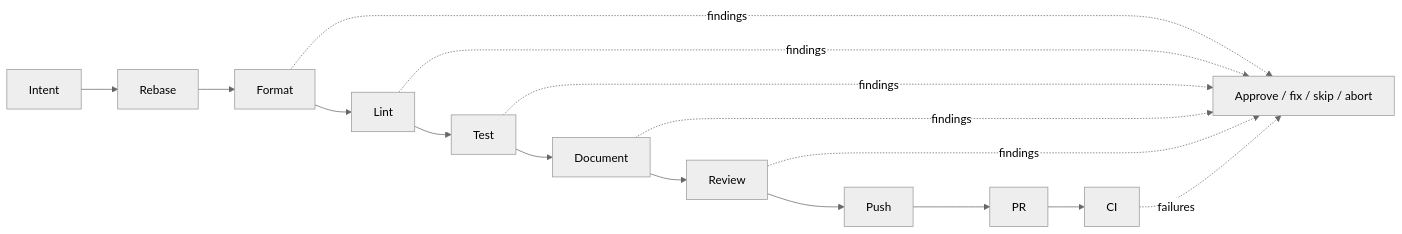
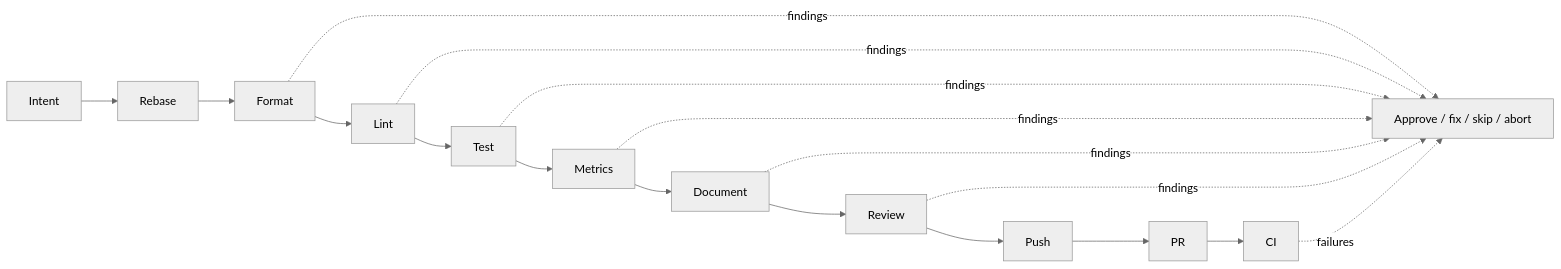
One commit to tvrmsmith/no-mistakes changed the diagram in docs/src/content/docs/concepts/pipeline.md. Above: the diagram before and after it, drawn with Mermaid (neutral theme). The commit also changed other lines of this file and 43 other files, not shown here.

````diff
--- a/docs/src/content/docs/concepts/pipeline.md
+++ b/docs/src/content/docs/concepts/pipeline.md
@@ -12,10 +12,11 @@
 ```mermaid
 flowchart LR
-  intent["Intent"] --> rebase["Rebase"] --> format["Format"] --> lint["Lint"] --> test["Test"] --> document["Document"] --> review["Review"] --> push["Push"] --> pr["PR"] --> ci["CI"]
+  intent["Intent"] --> rebase["Rebase"] --> format["Format"] --> lint["Lint"] --> test["Test"] --> metrics["Metrics"] --> document["Document"] --> review["Review"] --> push["Push"] --> pr["PR"] --> ci["CI"]
   format -. findings .-> action["Approve / fix / skip / abort"]
   lint -. findings .-> action
   test -. findings .-> action
+  metrics -. findings .-> action
   document -. findings .-> action
   review -. findings .-> action
   ci -. failures .-> action
 ```
````
